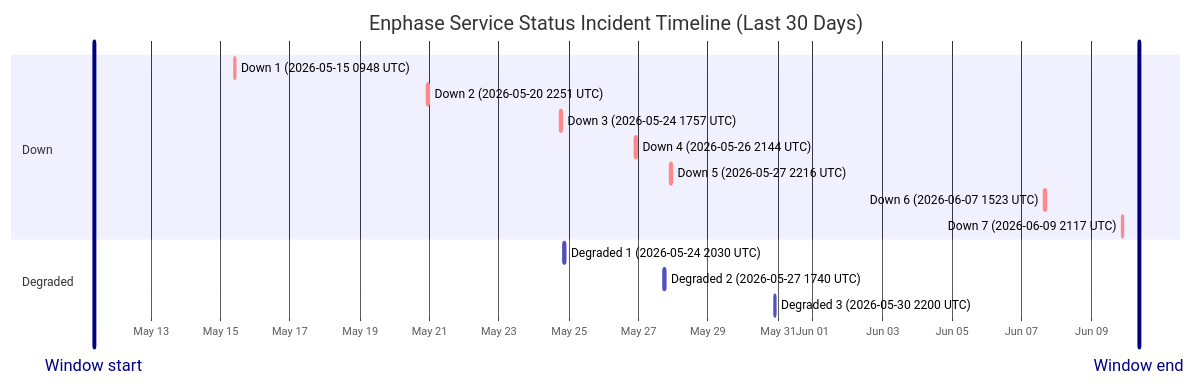
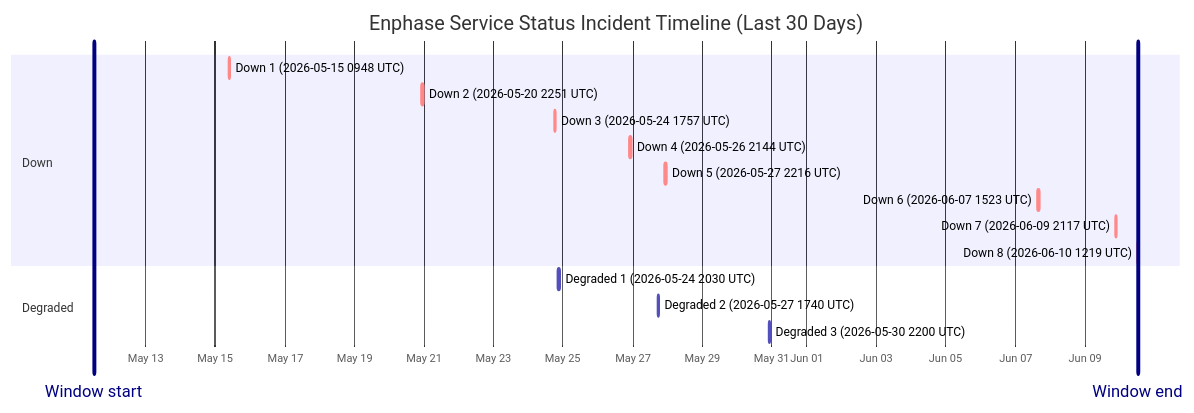
Before and after one commit to barneyonline/ha-enphase-energy: the diagram in wiki/Service-Status-History.md, drawn with Mermaid. The commit also changed other lines of this file and 5 other files, not shown here.

````diff
--- a/wiki/Service-Status-History.md
+++ b/wiki/Service-Status-History.md
@@ -14,20 +14,21 @@
 ```mermaid
 gantt
     title Enphase Service Status Incident Timeline (Last 30 Days)
     dateFormat  YYYY-MM-DDTHH:mm:ss
     axisFormat  %b %d
-    Window start :vert, window-start, 2026-05-11T08:50:03, 0ms
-    Window end :vert, window-end, 2026-06-10T08:50:03, 0ms
+    Window start :vert, window-start, 2026-05-11T12:19:21, 0ms
+    Window end :vert, window-end, 2026-06-10T12:19:21, 0ms
     section Down
     Down 1 (2026-05-15 0948 UTC) :crit, down-1, 2026-05-15T09:48:18, 60m
     Down 2 (2026-05-20 2251 UTC) :crit, down-2, 2026-05-20T22:51:14, 75m
     Down 3 (2026-05-24 1757 UTC) :crit, down-3, 2026-05-24T17:57:41, 86m
     Down 4 (2026-05-26 2144 UTC) :crit, down-4, 2026-05-26T21:44:11, 85m
     Down 5 (2026-05-27 2216 UTC) :crit, down-5, 2026-05-27T22:16:53, 87m
     Down 6 (2026-06-07 1523 UTC) :crit, down-6, 2026-06-07T15:23:22, 87m
     Down 7 (2026-06-09 2117 UTC) :crit, down-7, 2026-06-09T21:17:17, 60m
+    Down 8 (2026-06-10 1219 UTC) :crit, down-8, 2026-06-10T12:19:21, 60m
     section Degraded
     Degraded 1 (2026-05-24 2030 UTC) :active, degraded-1, 2026-05-24T20:30:57, 84m
     Degraded 2 (2026-05-27 1740 UTC) :active, degraded-2, 2026-05-27T17:40:52, 60m
     Degraded 3 (2026-05-30 2200 UTC) :active, degraded-3, 2026-05-30T22:00:37, 60m
 ```
````
